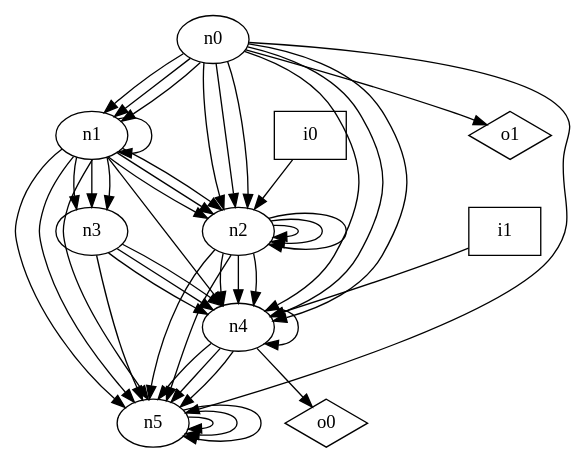
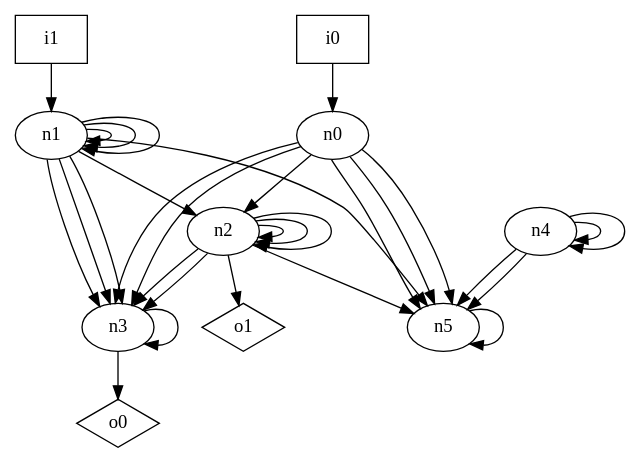
One commit to p9romain/bool-circuits changed the diagram in dot_files/random/random_DAG_graph.dot. Above: the diagram before and after it, drawn with Graphviz. The commit also changed 44 other files, not shown here.

```diff
--- a/dot_files/random/random_DAG_graph.dot
+++ b/dot_files/random/random_DAG_graph.dot
@@ -1,56 +1,42 @@
 digraph G {
 n0 [label="n0"];
 n1 [label="n1"];
 n2 [label="n2"];
 n3 [label="n3"];
 n4 [label="n4"];
 n5 [label="n5"];
 n6 [label="i0",shape="box"];
 n7 [label="i1",shape="box"];
 n8 [label="o0",shape="diamond"];
 n9 [label="o1",shape="diamond"];
-n0 -> n1
-n0 -> n1
-n0 -> n1
 n0 -> n2
-n0 -> n2
-n0 -> n2
-n0 -> n4
-n0 -> n4
-n0 -> n4
+n0 -> n3
+n0 -> n3
 n0 -> n5
-n0 -> n9
+n0 -> n5
+n0 -> n5
 n1 -> n1
-n1 -> n2
-n1 -> n2
+n1 -> n1
+n1 -> n1
 n1 -> n2
 n1 -> n3
 n1 -> n3
 n1 -> n3
-n1 -> n4
-n1 -> n5
-n1 -> n5
 n1 -> n5
 n2 -> n2
 n2 -> n2
 n2 -> n2
-n2 -> n4
-n2 -> n4
-n2 -> n4
+n2 -> n3
+n2 -> n3
 n2 -> n5
-n2 -> n5
-n3 -> n4
-n3 -> n4
-n3 -> n4
-n3 -> n5
+n2 -> n9
+n3 -> n3
+n3 -> n8
+n4 -> n4
 n4 -> n4
 n4 -> n5
 n4 -> n5
-n4 -> n5
-n4 -> n8
 n5 -> n5
-n5 -> n5
-n5 -> n5
-n6 -> n2
-n7 -> n4
+n6 -> n0
+n7 -> n1
 }
```
